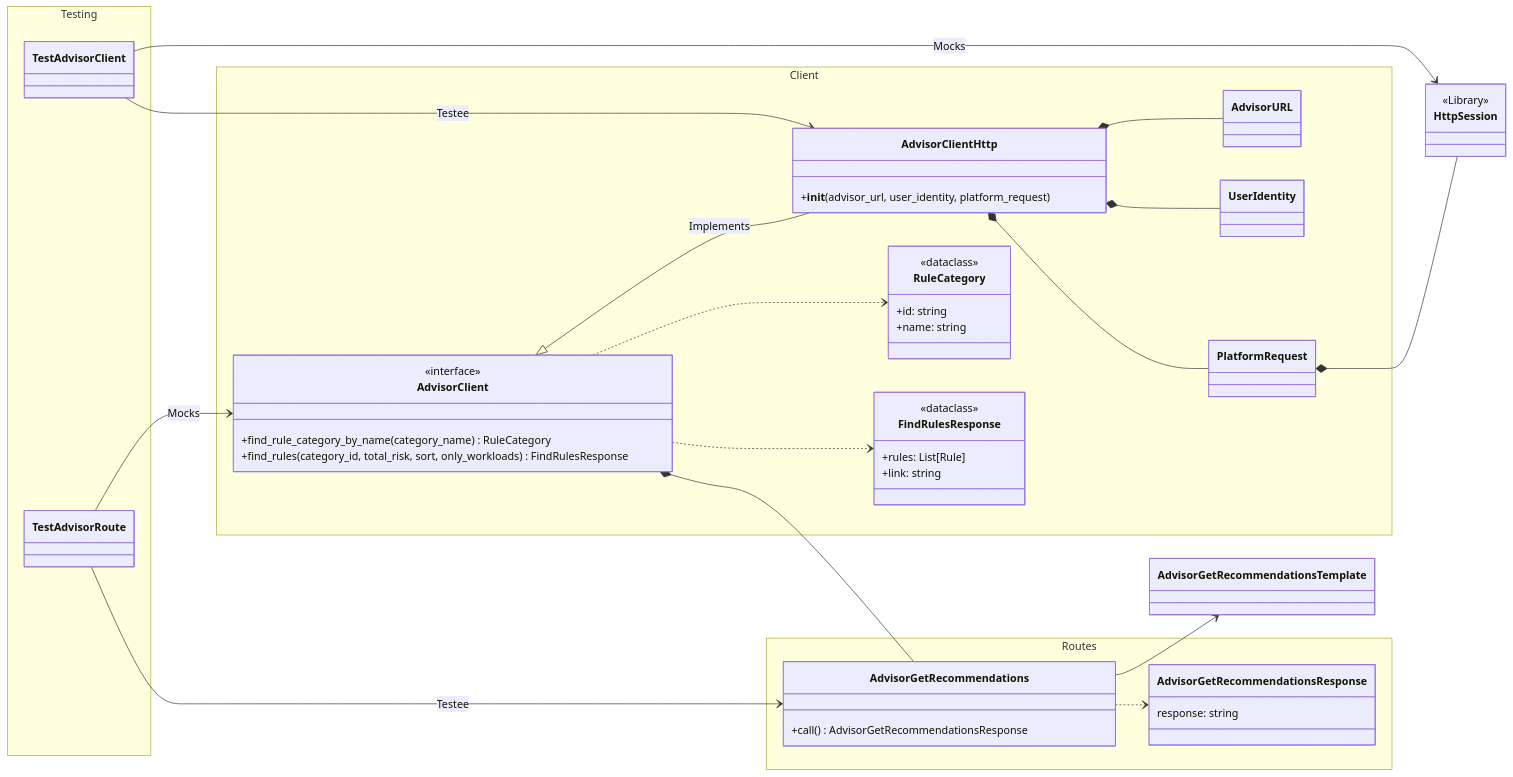
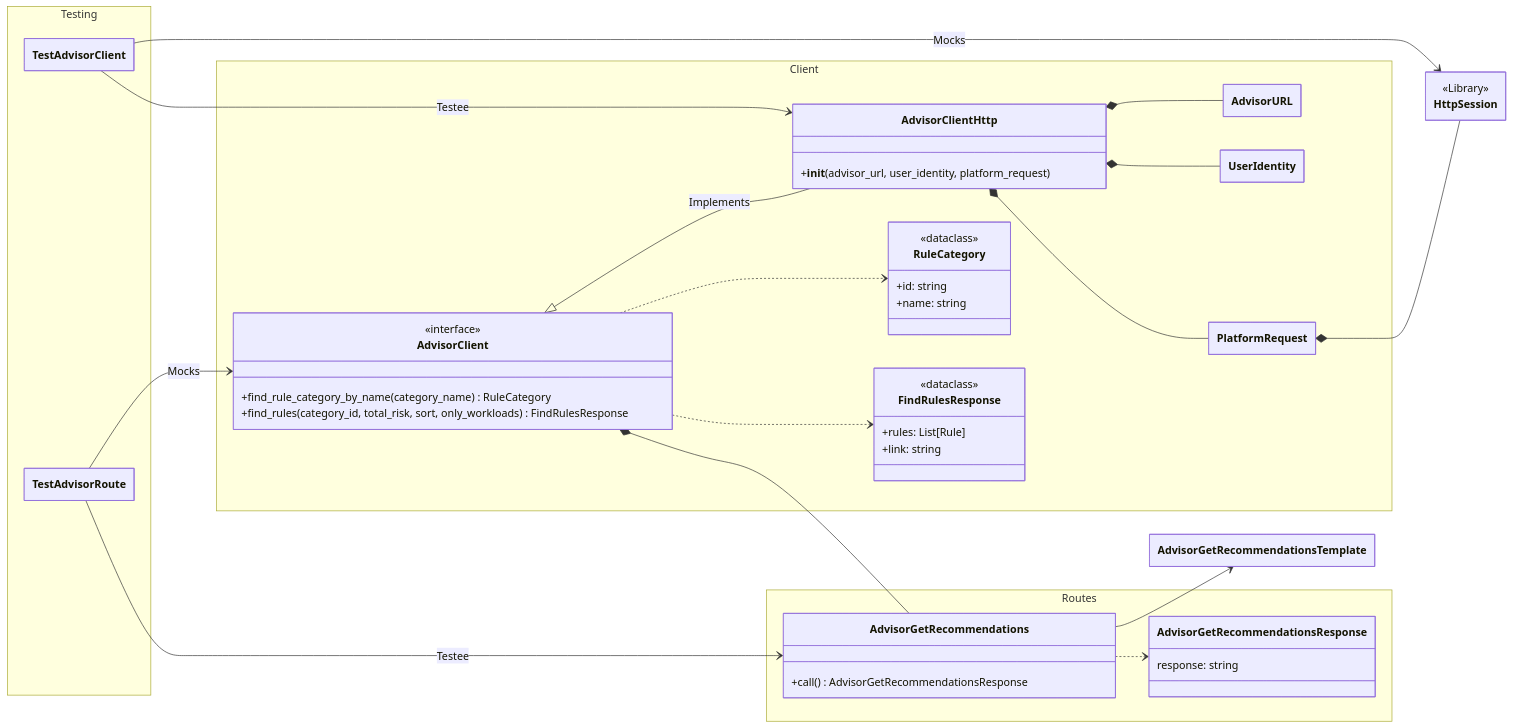
One commit to RedHatInsights/astro-virtual-assistant changed the diagram in services/watson-extension/diagram.mermaid. Above: the diagram before and after it, drawn with Mermaid.

Commit message:
Try to hide empty members box in diagram

```diff
--- a/services/watson-extension/diagram.mermaid
+++ b/services/watson-extension/diagram.mermaid
@@ -1,87 +1,87 @@
 ---
   config:
     class:
-      hideEmptyMembersBox: false
+      hideEmptyMembersBox: true
 ---
 classDiagram
     direction LR
 
     namespace Client {
         class AdvisorClient {
         <<interface>>
         +find_rule_category_by_name(category_name) RuleCategory
         +find_rules(category_id, total_risk, sort, only_workloads) FindRulesResponse
         }
 
         class AdvisorClientHttp {
         +__init__(advisor_url, user_identity, platform_request)
         }
 
         class UserIdentity {
         }
 
         class PlatformRequest {
 
         }
         class AdvisorURL {
 
         }
 
         class RuleCategory {
         <<dataclass>>
         +id: string
         +name: string
         }
 
         class FindRulesResponse {
         <<dataclass>>
         +rules: List[Rule]
         +link: string
         }
     }
 
     class HttpSession {
         <<Library>>
     }
 
     namespace Routes {
         class AdvisorGetRecommendations {
             +call() AdvisorGetRecommendationsResponse
         }
 
         class AdvisorGetRecommendationsResponse {
             response: string
         }
 
     }
 
     namespace Testing {
         class TestAdvisorClient {
 
         }
 
         class TestAdvisorRoute {
 
         }
 
     }
 
     AdvisorClient <|-- AdvisorClientHttp : Implements
     AdvisorClientHttp *-- AdvisorURL
     AdvisorClientHttp *-- UserIdentity
     AdvisorClientHttp *-- PlatformRequest
     PlatformRequest *-- HttpSession
 
     AdvisorClient ..> RuleCategory
     AdvisorClient ..> FindRulesResponse
 
     AdvisorClient *-- AdvisorGetRecommendations
 
     AdvisorGetRecommendations --> AdvisorGetRecommendationsTemplate
     AdvisorGetRecommendations ..> AdvisorGetRecommendationsResponse
 
     TestAdvisorClient --> HttpSession : Mocks
     TestAdvisorClient --> AdvisorClientHttp : Testee
 
     TestAdvisorRoute --> AdvisorClient : Mocks
     TestAdvisorRoute --> AdvisorGetRecommendations : Testee
```
